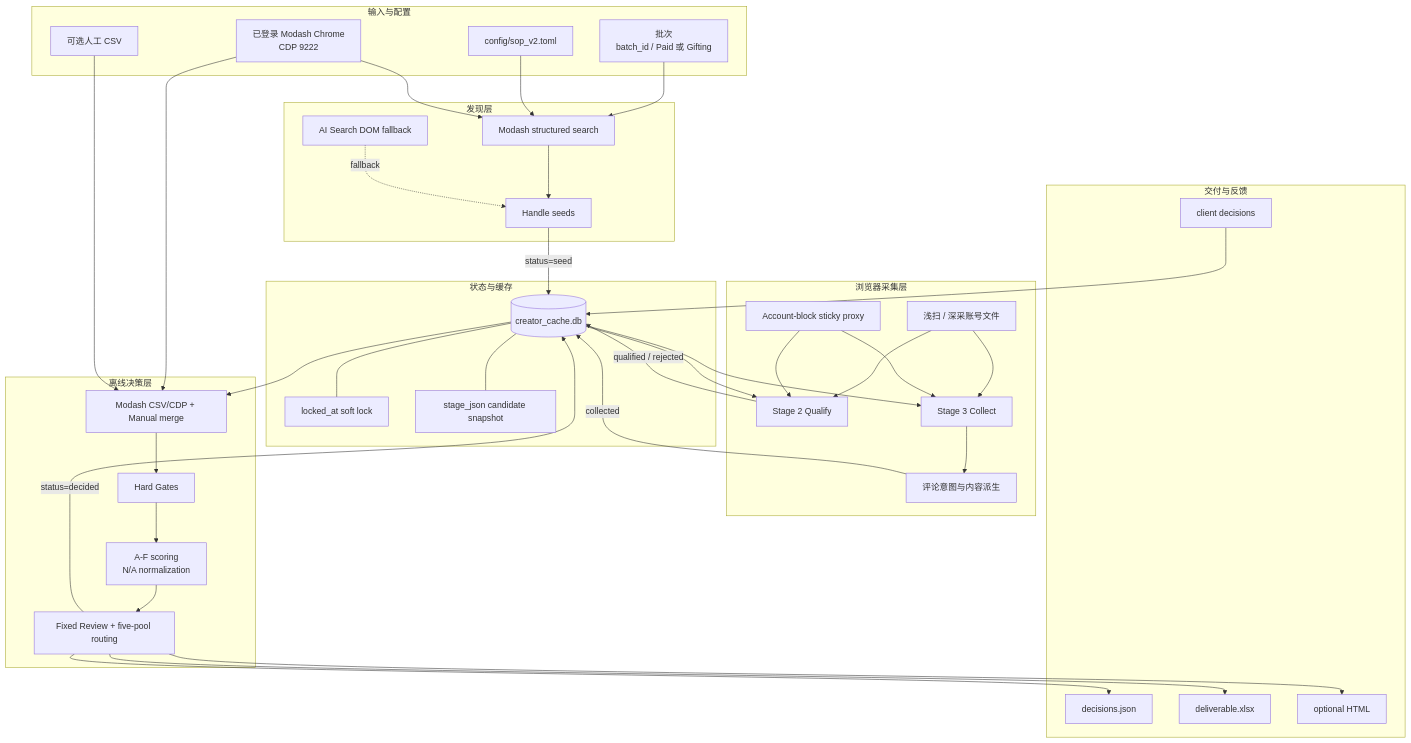
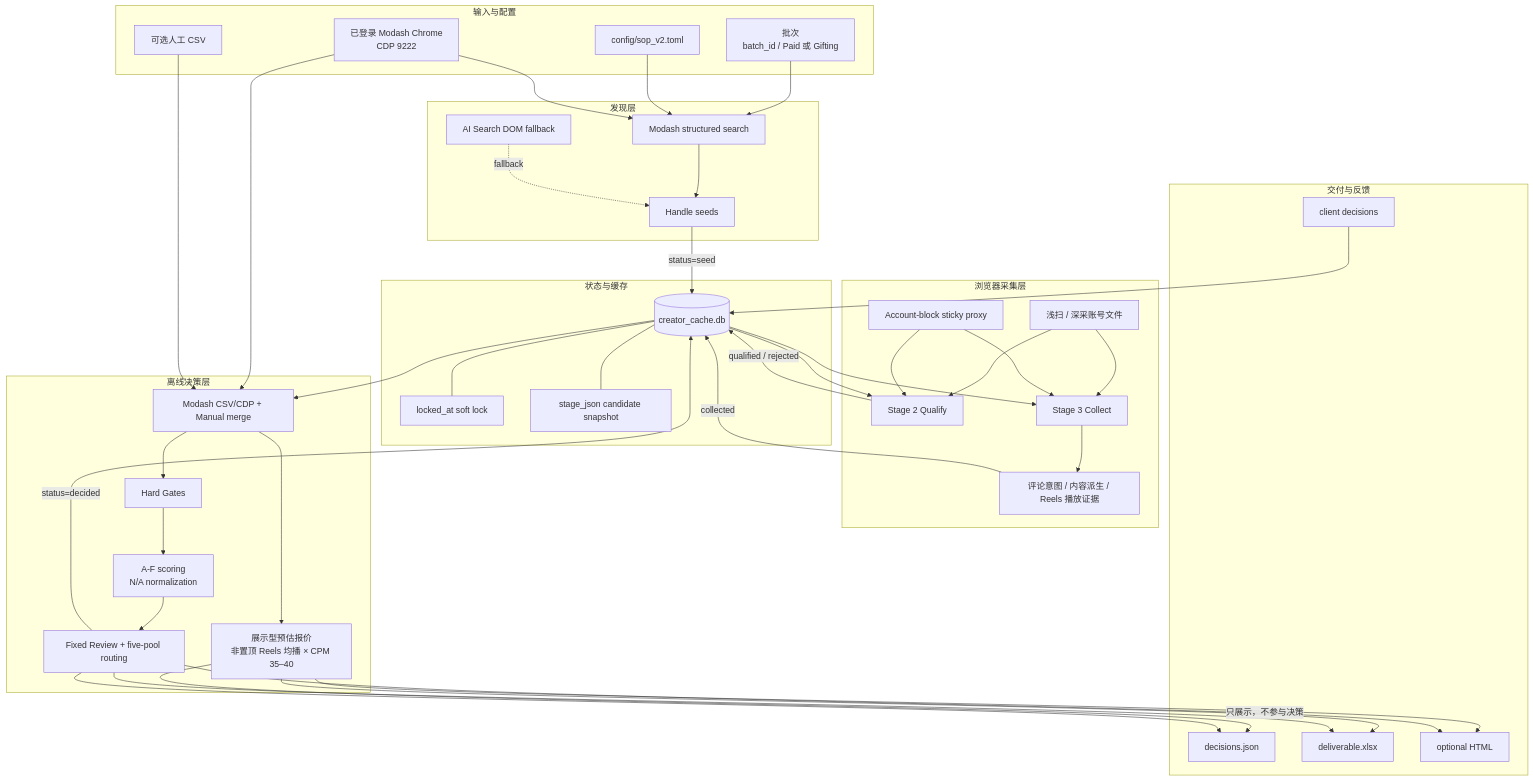
One commit to 2358841593-cell/ins--collector-ultimate changed the diagram in docs/ARCHITECTURE.md. Above: the diagram before and after it, drawn with Mermaid. The commit also changed other lines of this file and 61 other files, not shown here.

````diff
--- a/docs/ARCHITECTURE.md
+++ b/docs/ARCHITECTURE.md
@@ -51,69 +52,74 @@
 ```mermaid
 flowchart TB
     subgraph INPUT["输入与配置"]
         TASK["批次<br/>batch_id / Paid 或 Gifting"]
         CFG["config/sop_v2.toml"]
         MSESSION["已登录 Modash Chrome<br/>CDP 9222"]
         MANUAL["可选人工 CSV"]
     end
 
     subgraph ACQUIRE["发现层"]
         SEARCH["Modash structured search"]
         AI["AI Search DOM fallback"]
         SEED["Handle seeds"]
     end
 
     subgraph COLLECT["浏览器采集层"]
         POOL["浅扫 / 深采账号文件"]
         PROXY["Account-block sticky proxy"]
         QUALIFY["Stage 2 Qualify"]
         DEEP["Stage 3 Collect"]
-        COMMENT["评论意图与内容派生"]
+        COMMENT["评论意图 / 内容派生 / Reels 播放证据"]
     end
 
     subgraph STATE["状态与缓存"]
         DB[("creator_cache.db")]
         LOCK["locked_at soft lock"]
         JSON["stage_json candidate snapshot"]
     end
 
     subgraph DECIDE["离线决策层"]
         ENRICH["Modash CSV/CDP + Manual merge"]
+        PRICE["展示型预估报价<br/>非置顶 Reels 均播 × CPM 35–40"]
         GATE["Hard Gates"]
         SCORE["A-F scoring<br/>N/A normalization"]
         ROUTE["Fixed Review + five-pool routing"]
     end
 
     subgraph OUTPUT["交付与反馈"]
         DECISIONS["decisions.json"]
         XLSX["deliverable.xlsx"]
         HTML["optional HTML"]
         CLIENT["client decisions"]
     end
 
     TASK --> SEARCH
     CFG --> SEARCH
     MSESSION --> SEARCH
     SEARCH --> SEED
     AI -. "fallback" .-> SEED
     SEED -->|"status=seed"| DB
     DB --> QUALIFY
     POOL --> QUALIFY
     PROXY --> QUALIFY
     QUALIFY -->|"qualified / rejected"| DB
     DB --> DEEP
     POOL --> DEEP
     PROXY --> DEEP
     DEEP --> COMMENT -->|"collected"| DB
     DB --> ENRICH
     MSESSION --> ENRICH
     MANUAL --> ENRICH
+    ENRICH --> PRICE
     ENRICH --> GATE --> SCORE --> ROUTE
+    PRICE -->|"只展示，不参与决策"| DECISIONS
+    PRICE --> XLSX
+    PRICE --> HTML
     ROUTE --> DECISIONS
     ROUTE --> XLSX
     ROUTE --> HTML
     ROUTE -->|"status=decided"| DB
     CLIENT --> DB
     DB --- LOCK
     DB --- JSON
 ```
````
